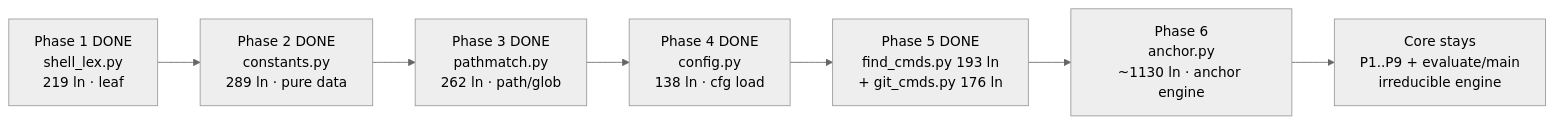
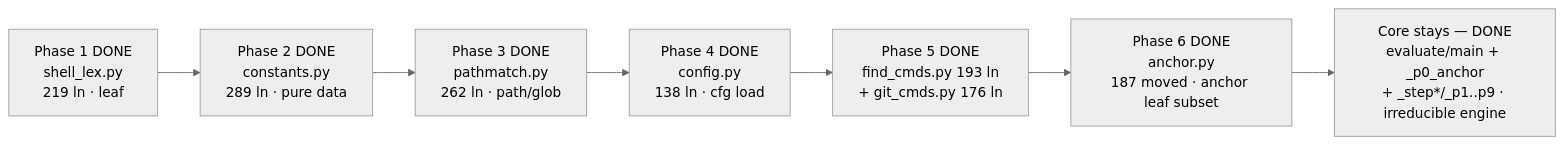
One commit to Yugoge/awesome-claude-harness changed the first of 2 diagrams in docs/reference/monolith-split-plan.md. Above: the diagram before and after it, drawn with Mermaid (neutral theme). The commit also changed other lines of this file and 9 other files, not shown here.

````diff
--- a/docs/reference/monolith-split-plan.md
+++ b/docs/reference/monolith-split-plan.md
@@ -159,9 +204,9 @@
 ```mermaid
 graph LR
     P1["Phase 1 DONE<br/>shell_lex.py<br/>219 ln · leaf"] --> P2["Phase 2 DONE<br/>constants.py<br/>289 ln · pure data"]
     P2 --> P3["Phase 3 DONE<br/>pathmatch.py<br/>262 ln · path/glob"]
     P3 --> P4["Phase 4 DONE<br/>config.py<br/>138 ln · cfg load"]
     P4 --> P5["Phase 5 DONE<br/>find_cmds.py 193 ln<br/>+ git_cmds.py 176 ln"]
-    P5 --> P6["Phase 6<br/>anchor.py<br/>~1130 ln · anchor engine"]
-    P6 --> P7["Core stays<br/>P1..P9 + evaluate/main<br/>irreducible engine"]
+    P5 --> P6["Phase 6 DONE<br/>anchor.py<br/>187 moved · anchor leaf subset"]
+    P6 --> P7["Core stays — DONE<br/>evaluate/main + _p0_anchor<br/>+ _step*/_p1..p9 · irreducible engine"]
 ```
````
